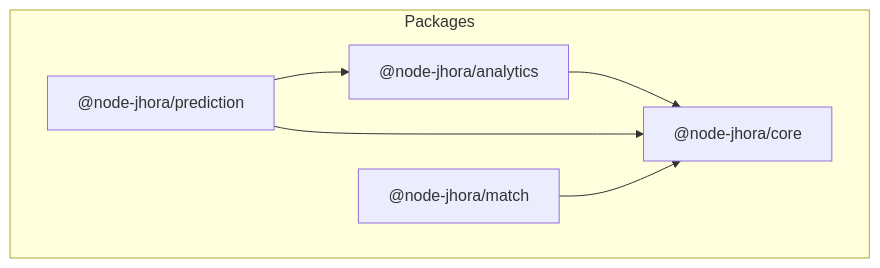
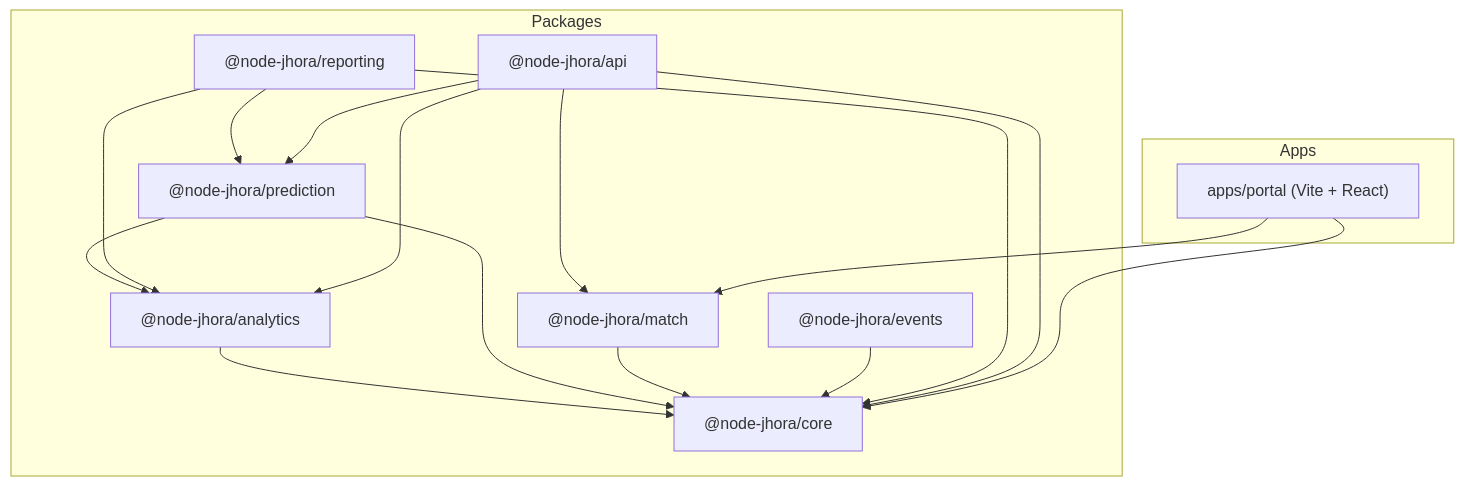
One commit to HariEshwar-J-A/node-jhora changed the diagram in docs/ARCHITECTURE.md. Above: the diagram before and after it, drawn with Mermaid. The commit also changed other lines of this file and 17 other files, not shown here.

````diff
--- a/docs/ARCHITECTURE.md
+++ b/docs/ARCHITECTURE.md
@@ -9,14 +9,31 @@
 ```mermaid
 graph TD
     subgraph Packages
         Core["@node-jhora/core"]
         Analytics["@node-jhora/analytics"]
         Prediction["@node-jhora/prediction"]
         Match["@node-jhora/match"]
+        Events["@node-jhora/events"]
+        Reporting["@node-jhora/reporting"]
+        API["@node-jhora/api"]
+    end
+
+    subgraph Apps
+        Portal["apps/portal (Vite + React)"]
     end
 
     Analytics --> Core
     Prediction --> Core
     Prediction --> Analytics
     Match --> Core
+    Events --> Core
+    Reporting --> Core
+    Reporting --> Analytics
+    Reporting --> Prediction
+    API --> Core
+    API --> Analytics
+    API --> Prediction
+    API --> Match
+    Portal --> Core
+    Portal --> Match
 ```
````
